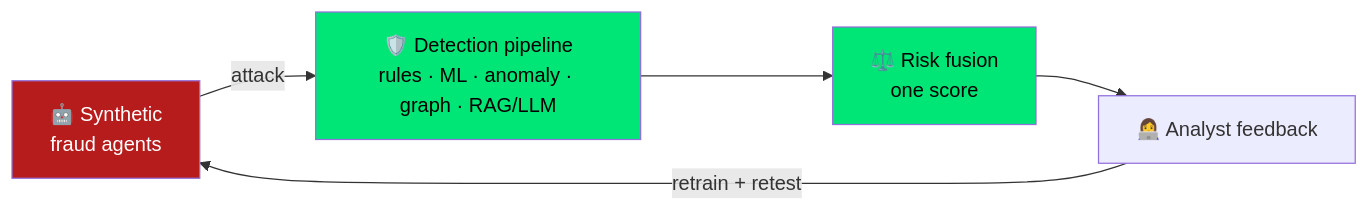
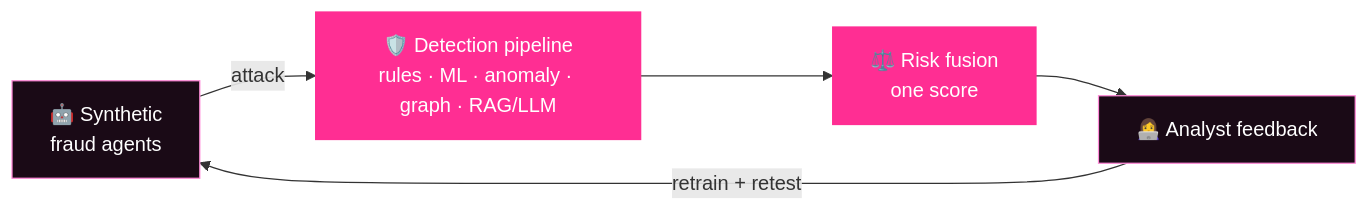
Before and after one commit to sameera-7-hash/sameera-7-hash: the second of 2 diagrams in README.md, drawn with Mermaid. The commit also changed other lines of this file, not shown here.

````diff
--- a/README.md
+++ b/README.md
@@ -143,10 +157,11 @@
 ```mermaid
 flowchart LR
     A[🤖 Synthetic<br/>fraud agents] -->|attack| B[🛡️ Detection pipeline<br/>rules · ML · anomaly · graph · RAG/LLM]
     B --> C[⚖️ Risk fusion<br/>one score]
     C --> D[👩‍💻 Analyst feedback]
     D -->|retrain + retest| A
-    style A fill:#b71c1c,color:#fff
-    style B fill:#00E676,color:#000
-    style C fill:#00E676,color:#000
+    style A fill:#1a0a16,stroke:#FF8AD8,color:#fff
+    style B fill:#FF2E93,stroke:#FF2E93,color:#fff
+    style C fill:#FF2E93,stroke:#FF2E93,color:#fff
+    style D fill:#1a0a16,stroke:#FF8AD8,color:#fff
 ```
````
